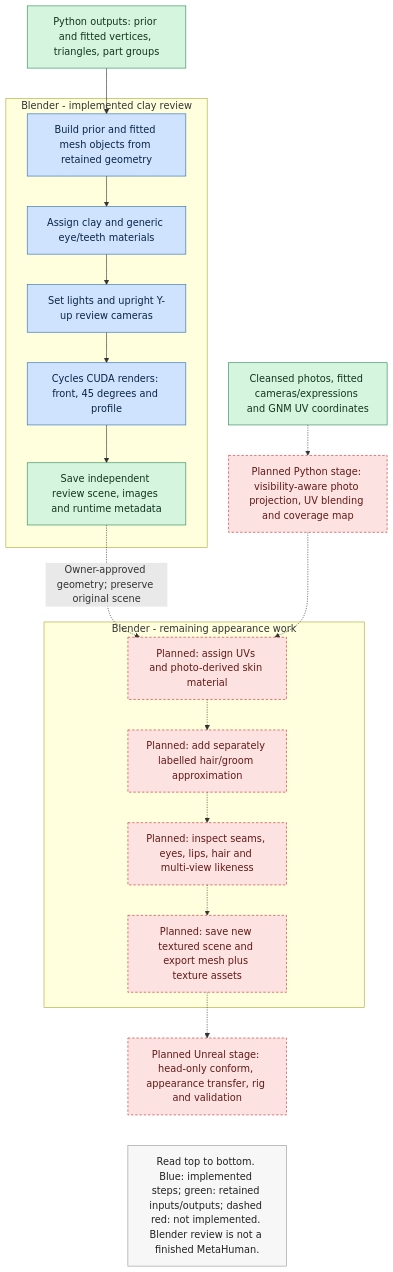
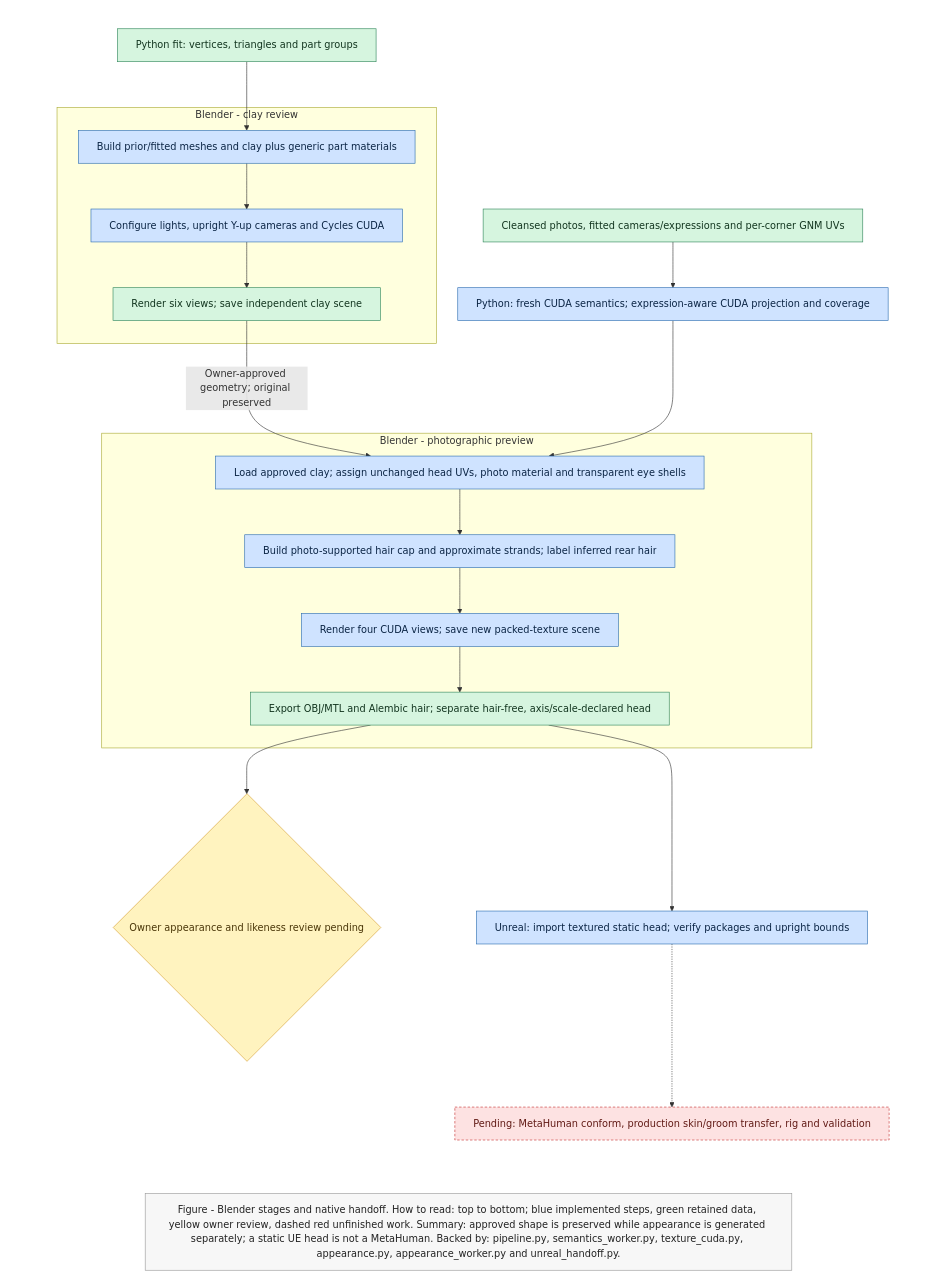
Before and after one commit to Arka95/ailias: the diagram in docs/facefitting/README.md, drawn with Mermaid. The commit also changed other lines of this file and 23 other files, not shown here.

First line of the commit message:
Add approved-head photo appearance and verified Unreal static-head handoff

````diff
--- a/docs/facefitting/README.md
+++ b/docs/facefitting/README.md
@@ -32,31 +44,37 @@
 ```mermaid
+%%{init: {"flowchart": {"wrappingWidth": 1000}}}%%
 flowchart TB
-    INPUT["Python outputs: prior and fitted vertices, triangles, part groups"]:::store
-    PHOTOS["Cleansed photos, fitted cameras/expressions and GNM UV coordinates"]:::store
-    subgraph CLAY["Blender - implemented clay review"]
-        LOAD["Build prior and fitted mesh objects from retained geometry"]:::svc
-        MATERIAL["Assign clay and generic eye/teeth materials"]:::svc
-        SETUP["Set lights and upright Y-up review cameras"]:::svc
-        RENDER["Cycles CUDA renders: front, 45 degrees and profile"]:::svc
-        SAVE["Save independent review scene, images and runtime metadata"]:::store
-        LOAD --> MATERIAL --> SETUP --> RENDER --> SAVE
+    subgraph MAIN[" "]
+        direction TB
+        INPUT["Python fit: vertices, triangles and part groups"]:::store
+        PHOTOS["Cleansed photos, fitted cameras/expressions and per-corner GNM UVs"]:::store
+        subgraph CLAY["Blender - clay review"]
+            LOAD["Build prior/fitted meshes and clay plus generic part materials"]:::svc
+            SETUP["Configure lights, upright Y-up cameras and Cycles CUDA"]:::svc
+            SAVE["Render six views; save independent clay scene"]:::store
+            LOAD --> SETUP --> SAVE
+        end
+        INPUT --> LOAD
+        PHOTOS --> BAKE["Python: fresh CUDA semantics; expression-aware CUDA projection and coverage"]:::svc
+        subgraph APPEARANCE["Blender - photographic preview"]
+            UV["Load approved clay; assign unchanged head UVs, photo material and transparent eye shells"]:::svc
+            HAIR["Build photo-supported hair cap and approximate strands; label inferred rear hair"]:::svc
+            RENDER["Render four CUDA views; save new packed-texture scene"]:::svc
+            EXPORT["Export OBJ/MTL and Alembic hair; separate hair-free, axis/scale-declared head"]:::store
+            UV --> HAIR --> RENDER --> EXPORT
+        end
+        SAVE -->|Owner-approved geometry; original preserved| UV
+        BAKE --> UV
+        EXPORT --> REVIEW{"Owner appearance and likeness review pending"}:::gate
+        EXPORT --> UE["Unreal: import textured static head; verify packages and upright bounds"]:::svc
+        UE -.-> MH["Pending: MetaHuman conform, production skin/groom transfer, rig and validation"]:::unknown
     end
-    INPUT --> LOAD
-    PHOTOS -.-> BAKE["Planned Python stage: visibility-aware photo projection, UV blending and coverage map"]:::unknown
-    subgraph APPEARANCE["Blender - remaining appearance work"]
-        UV["Planned: assign UVs and photo-derived skin material"]:::unknown
-        HAIR["Planned: add separately labelled hair/groom approximation"]:::unknown
-        REVIEW["Planned: inspect seams, eyes, lips, hair and multi-view likeness"]:::unknown
-        EXPORT["Planned: save new textured scene and export mesh plus texture assets"]:::unknown
-        UV -.-> HAIR -.-> REVIEW -.-> EXPORT
-    end
-    SAVE -.->|Owner-approved geometry; preserve original scene| UV
-    BAKE -.-> UV
-    EXPORT -.-> UE["Planned Unreal stage: head-only conform, appearance transfer, rig and validation"]:::unknown
-    UE ~~~ CAPTION
-    CAPTION["Read top to bottom. Blue: implemented steps; green: retained inputs/outputs; dashed red: not implemented. Blender review is not a finished MetaHuman."]:::caption
+    MAIN ~~~ CAPTION
+    CAPTION["Figure - Blender stages and native handoff. How to read: top to bottom; blue implemented steps, green retained data, yellow owner review, dashed red unfinished work. Summary: approved shape is preserved while appearance is generated separately; a static UE head is not a MetaHuman. Backed by: pipeline.py, semantics_worker.py, texture_cuda.py, appearance.py, appearance_worker.py and unreal_handoff.py."]:::caption
+    style MAIN fill:none,stroke:none
     classDef svc fill:#cfe3ff,stroke:#2b6cb0,color:#0b2545
     classDef store fill:#d6f5df,stroke:#2f855a,color:#12351f
+    classDef gate fill:#fff3bf,stroke:#d69e2e,color:#4a3608
     classDef unknown fill:#fde2e2,stroke:#c53030,color:#611a15,stroke-dasharray:4 3
     classDef caption fill:#f7f7f7,stroke:#999,color:#222,font-size:16px
 ```
````
